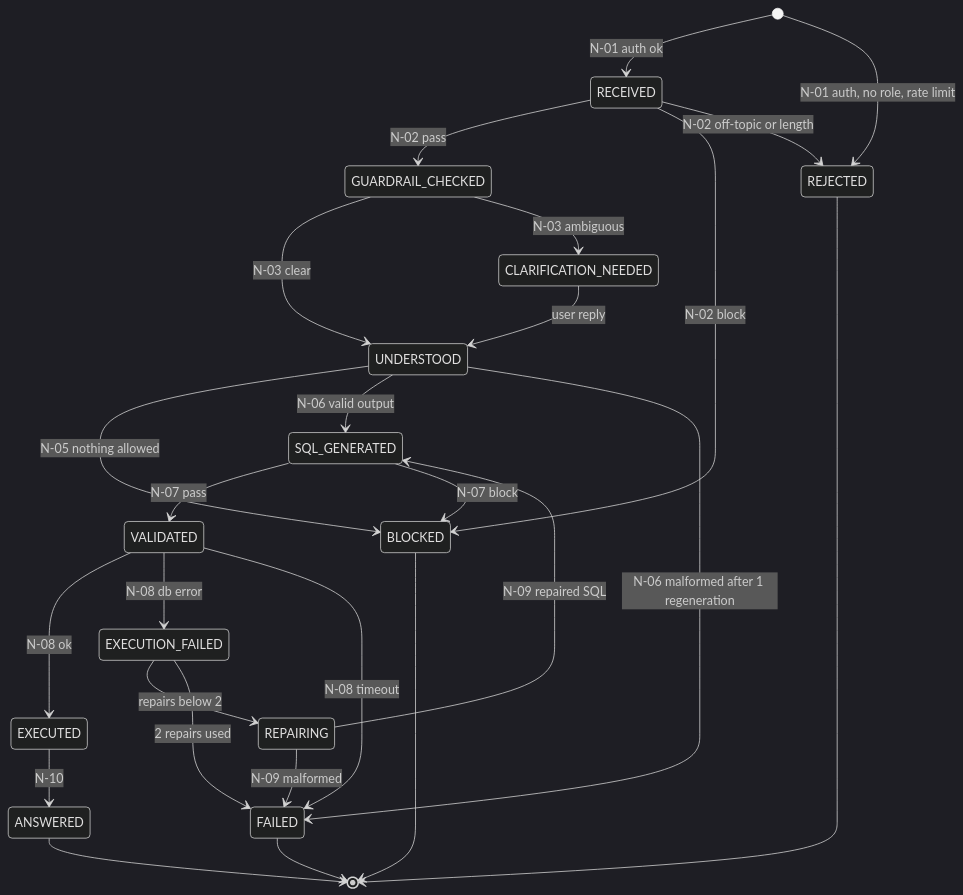
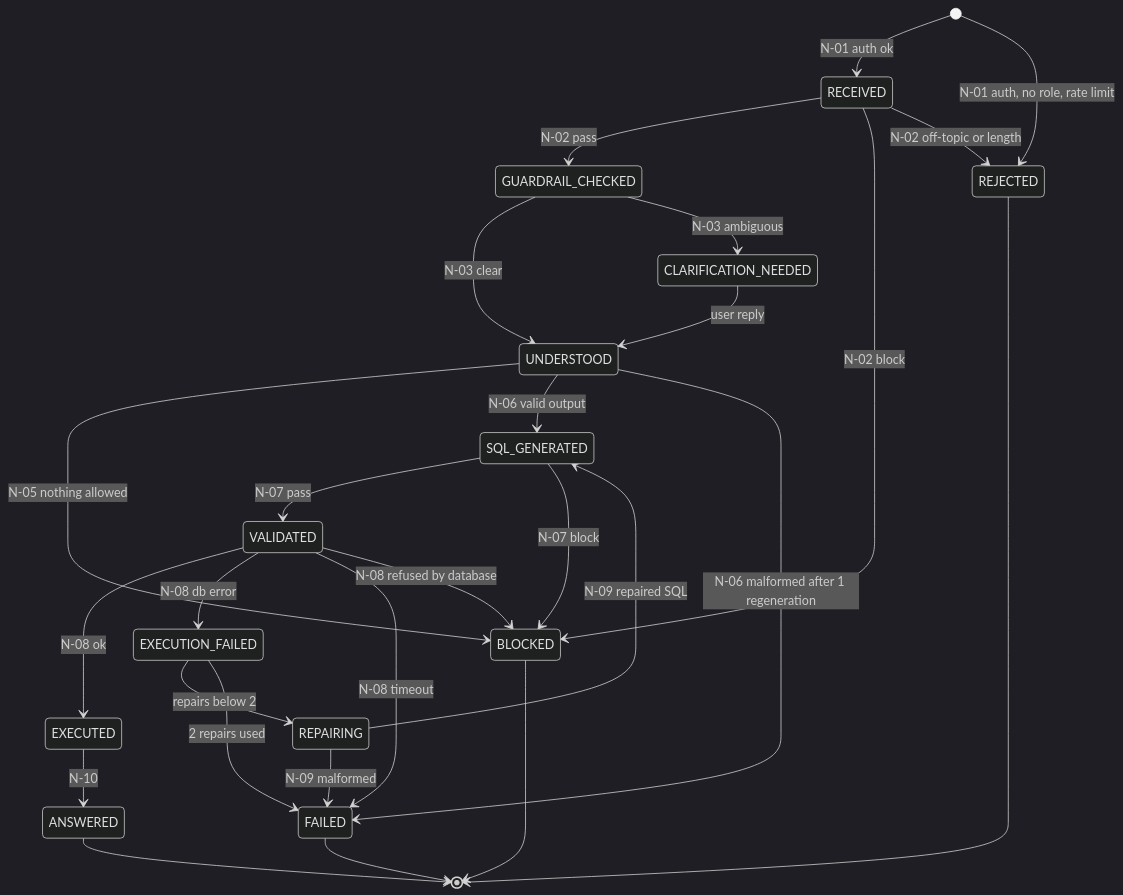
Before and after one commit to hassankhursheed/self-service-data-analyst-agent: the diagram in docs/design/langgraph-design.md, drawn with Mermaid (dark theme). The commit also changed other lines of this file and 31 other files, not shown here.

````diff
--- a/docs/design/langgraph-design.md
+++ b/docs/design/langgraph-design.md
@@ -92,28 +93,29 @@
 ```mermaid
 stateDiagram-v2
     [*] --> RECEIVED: N-01 auth ok
     [*] --> REJECTED: N-01 auth, no role, rate limit
     RECEIVED --> GUARDRAIL_CHECKED: N-02 pass
     RECEIVED --> BLOCKED: N-02 block
     RECEIVED --> REJECTED: N-02 off-topic or length
     GUARDRAIL_CHECKED --> UNDERSTOOD: N-03 clear
     GUARDRAIL_CHECKED --> CLARIFICATION_NEEDED: N-03 ambiguous
     CLARIFICATION_NEEDED --> UNDERSTOOD: user reply
     UNDERSTOOD --> BLOCKED: N-05 nothing allowed
     UNDERSTOOD --> SQL_GENERATED: N-06 valid output
     UNDERSTOOD --> FAILED: N-06 malformed after 1 regeneration
     SQL_GENERATED --> VALIDATED: N-07 pass
     SQL_GENERATED --> BLOCKED: N-07 block
     VALIDATED --> EXECUTED: N-08 ok
     VALIDATED --> EXECUTION_FAILED: N-08 db error
     VALIDATED --> FAILED: N-08 timeout
+    VALIDATED --> BLOCKED: N-08 refused by database
     EXECUTION_FAILED --> REPAIRING: repairs below 2
     EXECUTION_FAILED --> FAILED: 2 repairs used
     REPAIRING --> SQL_GENERATED: N-09 repaired SQL
     REPAIRING --> FAILED: N-09 malformed
     EXECUTED --> ANSWERED: N-10
     ANSWERED --> [*]
     BLOCKED --> [*]
     REJECTED --> [*]
     FAILED --> [*]
 ```
````
